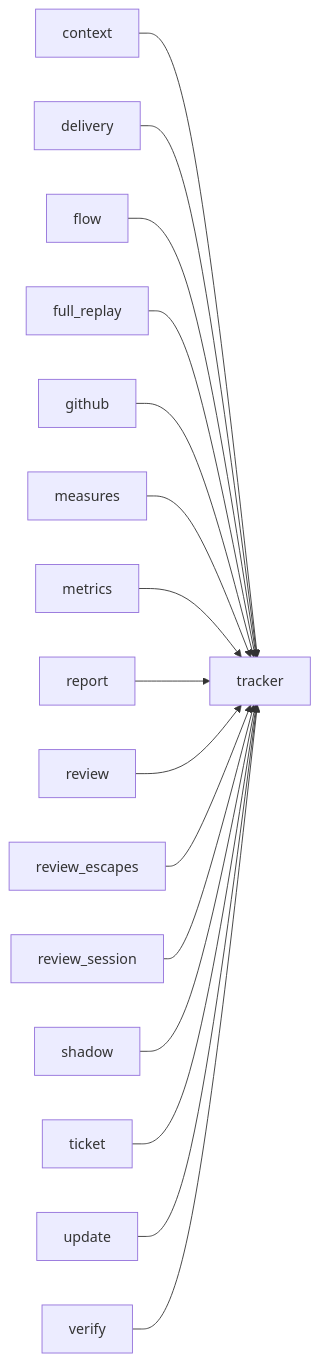
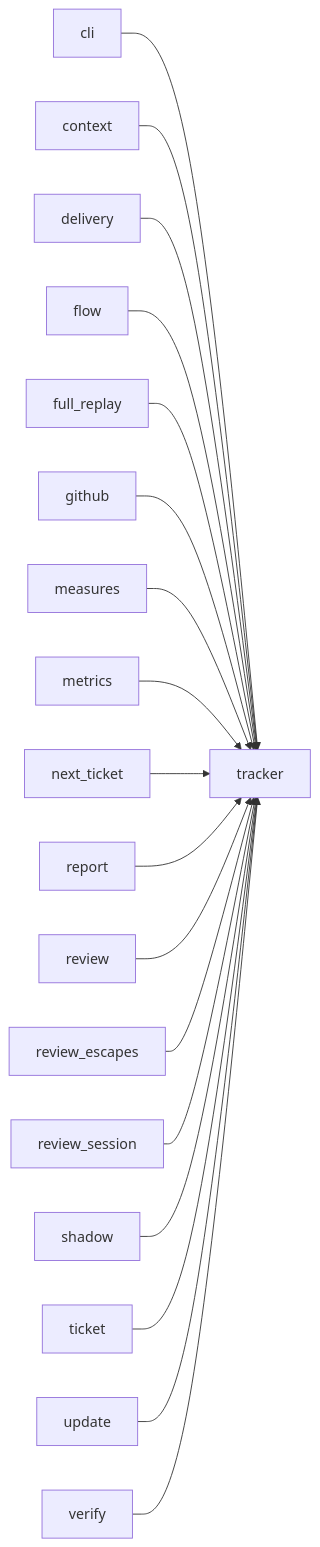
Before and after one commit to plaplanche/ariane: the third of 3 diagrams in docs/architecture/modules/tracker.md, drawn with Mermaid. The commit also changed other lines of this file and 42 other files, not shown here.

Commit message:
#223: ariane next: propose the next ticket that can start safely next to the running ones, start it on the owner's confirmation (C11, C22, C23)

````diff
--- a/docs/architecture/modules/tracker.md
+++ b/docs/architecture/modules/tracker.md
@@ -109,18 +128,20 @@
 ```mermaid
 flowchart LR
+  cli --> tracker
   context --> tracker
   delivery --> tracker
   flow --> tracker
   full_replay --> tracker
   github --> tracker
   measures --> tracker
   metrics --> tracker
+  next_ticket --> tracker
   report --> tracker
   review --> tracker
   review_escapes --> tracker
   review_session --> tracker
   shadow --> tracker
   ticket --> tracker
   update --> tracker
   verify --> tracker
 ```
````
